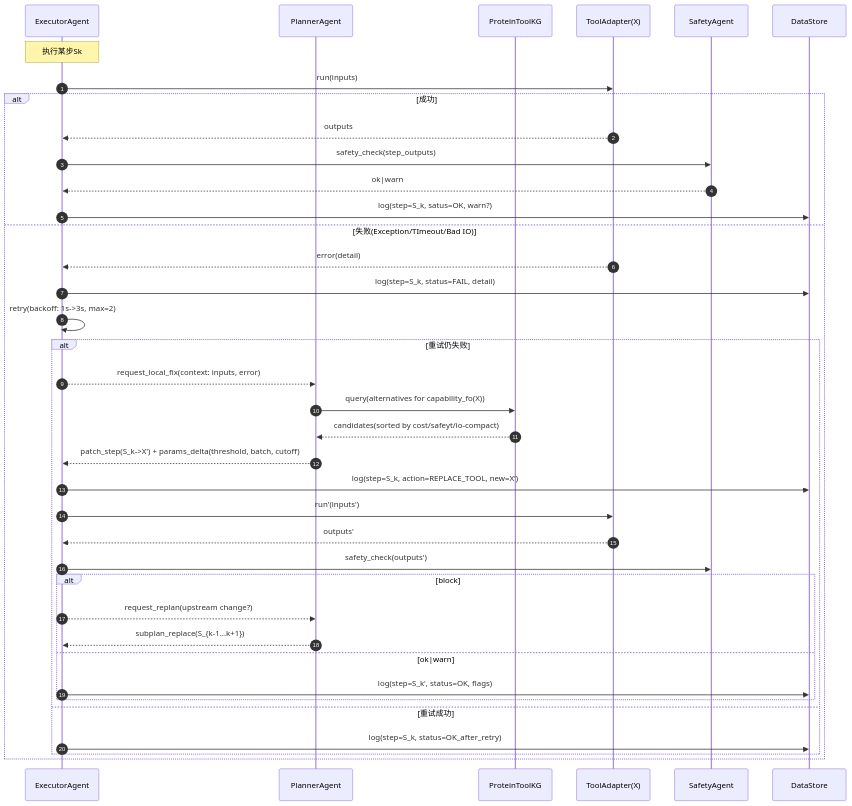
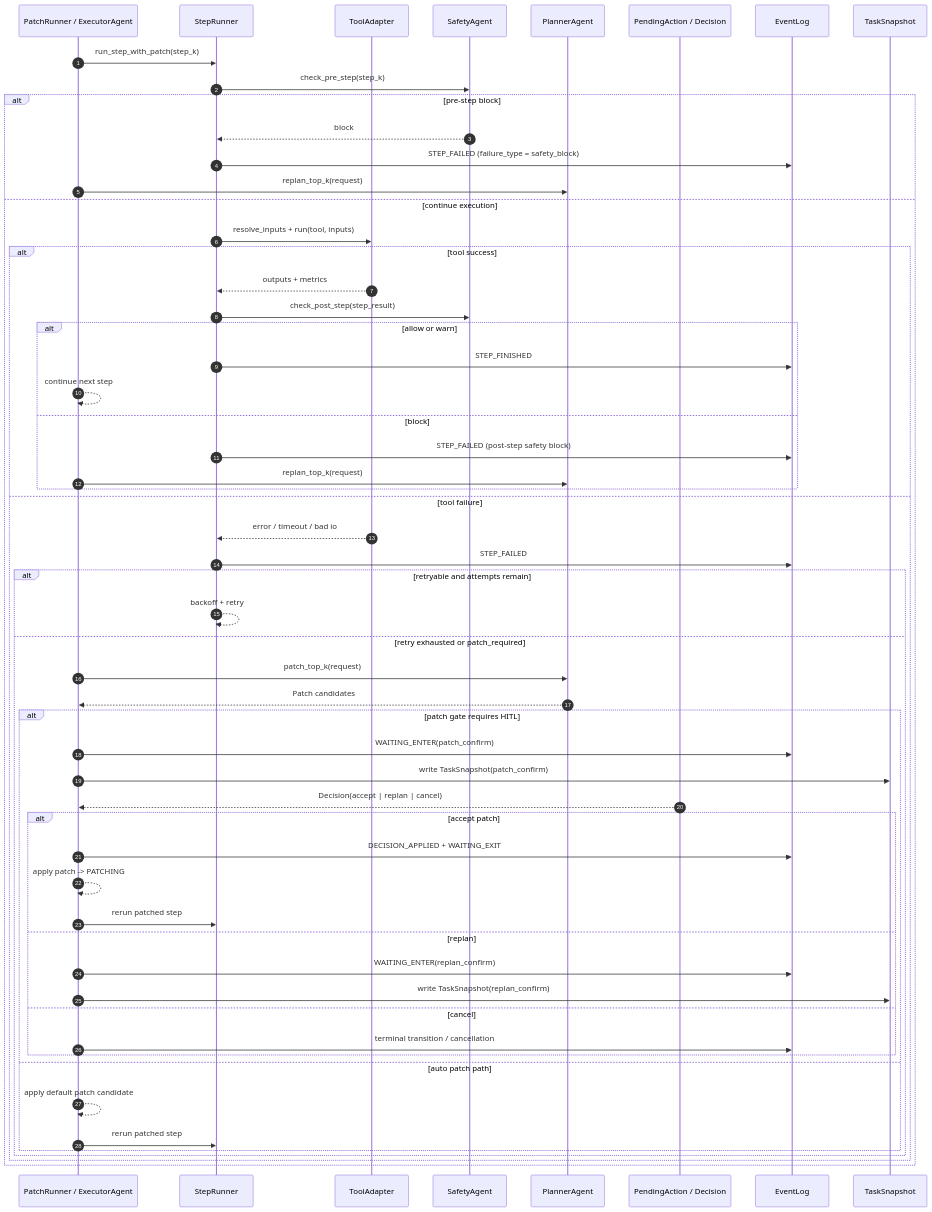
Before and after one commit to Yuri-Kon/thesis-project: the diagram in docs/design/diagrams/single-step-sequence.mmd, drawn with Mermaid. The commit also changed 5 other files, not shown here.

Commit message:
feat:update diagram

```diff
--- a/docs/design/diagrams/single-step-sequence.mmd
+++ b/docs/design/diagrams/single-step-sequence.mmd
@@ -1,39 +1,63 @@
 sequenceDiagram
   autonumber
-  participant E as ExecutorAgent
+  participant EX as PatchRunner / ExecutorAgent
+  participant ST as StepRunner
+  participant AD as ToolAdapter
+  participant SA as SafetyAgent
   participant P as PlannerAgent
-  participant KG as ProteinToolKG
-  participant A as ToolAdapter(X)
-  participant S as SafetyAgent
-  participant D as DataStore
+  participant H as PendingAction / Decision
+  participant L as EventLog
+  participant K as TaskSnapshot
 
-  Note over E: 执行某步Sk
-  E->>A: run(inputs)
-  alt 成功
-    A-->>E: outputs
-    E->>S: safety_check(step_outputs)
-    S-->>E: ok|warn
-    E->>D: log(step=S_k, satus=OK, warn?)
-  else 失败(Exception/TImeout/Bad IO)
-    A-->>E: error(detail)
-    E->>D: log(step=S_k, status=FAIL, detail)
-    E->>E: retry(backoff: 1s->3s, max=2)
-    alt 重试仍失败
-      E-->>P:request_local_fix(context: inputs, error)
-      P->>KG: query(alternatives for capability_fo(X))
-      KG-->>P: candidates(sorted by cost/safeyt/io-compact)
-      P-->>E: patch_step(S_k->X') + params_delta(threshold, batch, cutoff)
-      E->>D: log(step=S_k, action=REPLACE_TOOL, new=X')
-      E->>A: run'(inputs')
-      A-->>E: outputs'
-      E->>S: safety_check(outputs')
-      alt block
-        E-->>P: request_replan(upstream change?)
-        P-->>E: subplan_replace(S_{k-1...k+1})
-      else ok|warn
-        E->>D: log(step=S_k', status=OK, flags)
+  EX->>ST: run_step_with_patch(step_k)
+  ST->>SA: check_pre_step(step_k)
+
+  alt pre-step block
+    SA-->>ST: block
+    ST->>L: STEP_FAILED (failure_type = safety_block)
+    EX->>P: replan_top_k(request)
+  else continue execution
+    ST->>AD: resolve_inputs + run(tool, inputs)
+
+    alt tool success
+      AD-->>ST: outputs + metrics
+      ST->>SA: check_post_step(step_result)
+      alt allow or warn
+        ST->>L: STEP_FINISHED
+        EX-->>EX: continue next step
+      else block
+        ST->>L: STEP_FAILED (post-step safety block)
+        EX->>P: replan_top_k(request)
       end
-    else 重试成功
-      E->>D: log(step=S_k, status=OK_after_retry)
+
+    else tool failure
+      AD-->>ST: error / timeout / bad io
+      ST->>L: STEP_FAILED
+
+      alt retryable and attempts remain
+        ST-->>ST: backoff + retry
+      else retry exhausted or patch_required
+        EX->>P: patch_top_k(request)
+        P-->>EX: Patch candidates
+
+        alt patch gate requires HITL
+          EX->>L: WAITING_ENTER(patch_confirm)
+          EX->>K: write TaskSnapshot(patch_confirm)
+          H-->>EX: Decision(accept | replan | cancel)
+          alt accept patch
+            EX->>L: DECISION_APPLIED + WAITING_EXIT
+            EX-->>EX: apply patch -> PATCHING
+            EX->>ST: rerun patched step
+          else replan
+            EX->>L: WAITING_ENTER(replan_confirm)
+            EX->>K: write TaskSnapshot(replan_confirm)
+          else cancel
+            EX->>L: terminal transition / cancellation
+          end
+        else auto patch path
+          EX-->>EX: apply default patch candidate
+          EX->>ST: rerun patched step
+        end
+      end
     end
   end
```
